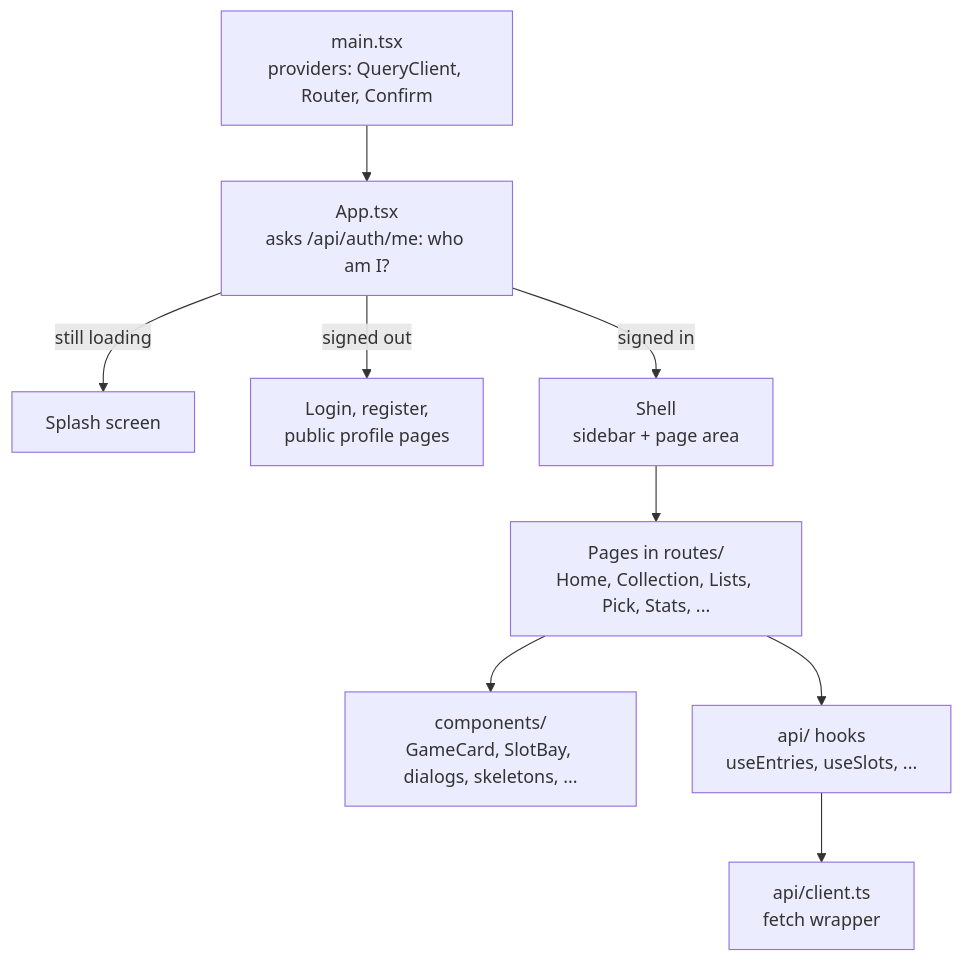
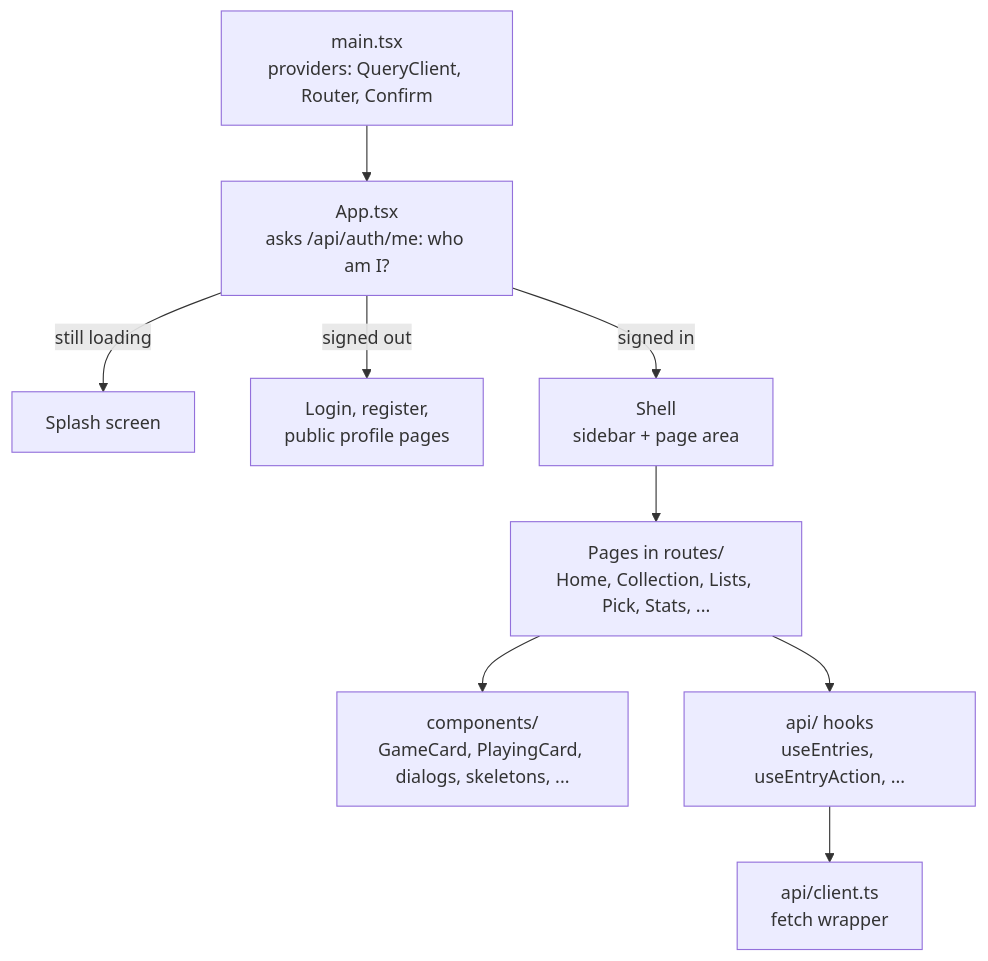
Diagram 17 of 21 in OVERVIEW.md (joeattardi/gamequeue), drawn with Mermaid before and after one commit. The commit also changed other lines of this file and 77 other files, not shown here.

First line of the commit message:
R2: Playing replaces slots

````diff
--- a/OVERVIEW.md
+++ b/OVERVIEW.md
@@ -651,11 +627,11 @@
 ```mermaid
 flowchart TB
     MAIN["main.tsx<br/>providers: QueryClient, Router, Confirm"] --> APP["App.tsx<br/>asks /api/auth/me: who am I?"]
     APP -- "still loading" --> SPLASH["Splash screen"]
     APP -- "signed out" --> PUBLIC["Login, register,<br/>public profile pages"]
     APP -- "signed in" --> SHELL["Shell<br/>sidebar + page area"]
     SHELL --> PAGES["Pages in routes/<br/>Home, Collection, Lists, Pick, Stats, ..."]
-    PAGES --> COMP["components/<br/>GameCard, SlotBay, dialogs, skeletons, ..."]
-    PAGES --> HOOKS["api/ hooks<br/>useEntries, useSlots, ..."]
+    PAGES --> COMP["components/<br/>GameCard, PlayingCard, dialogs, skeletons, ..."]
+    PAGES --> HOOKS["api/ hooks<br/>useEntries, useEntryAction, ..."]
     HOOKS --> CLIENT["api/client.ts<br/>fetch wrapper"]
 ```
````
